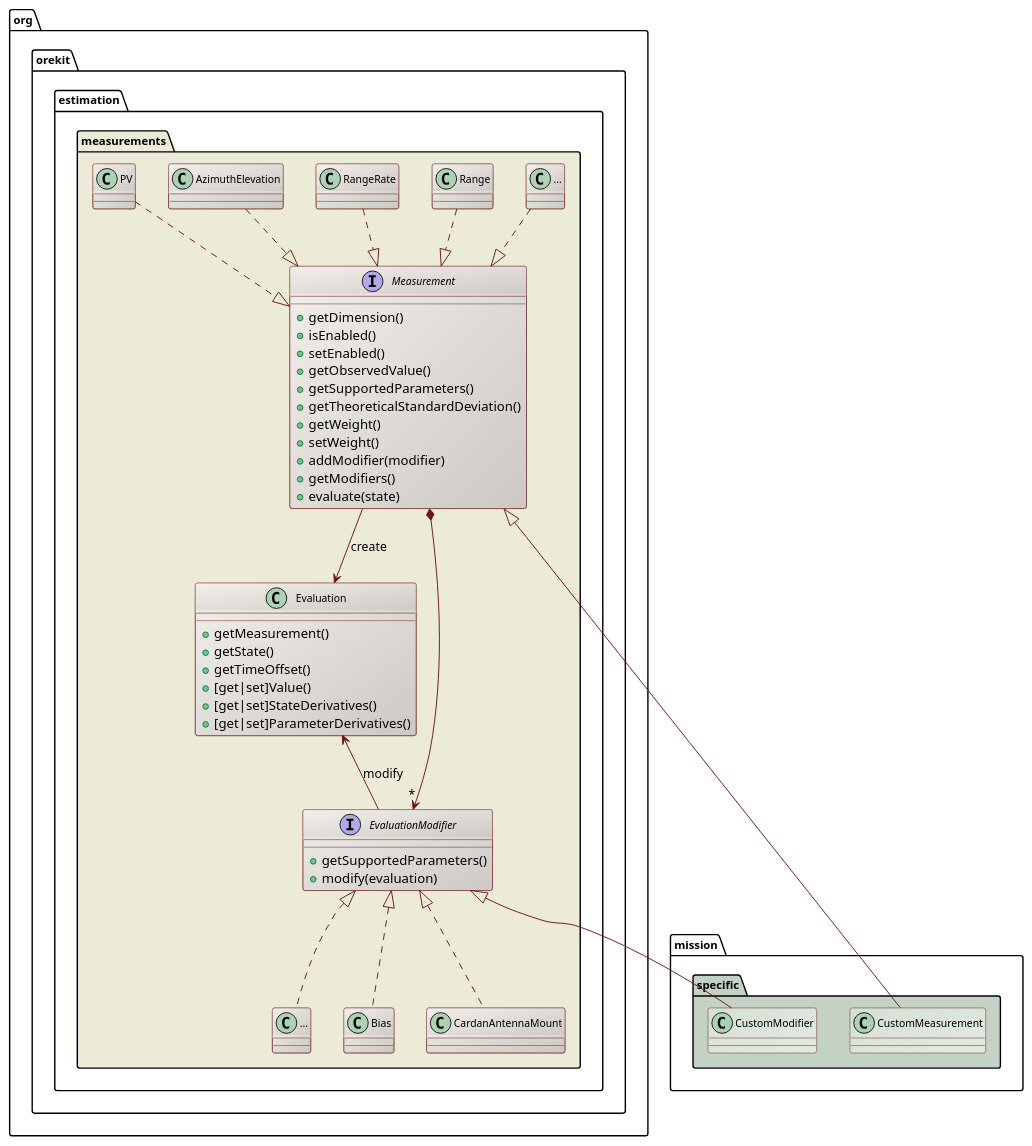
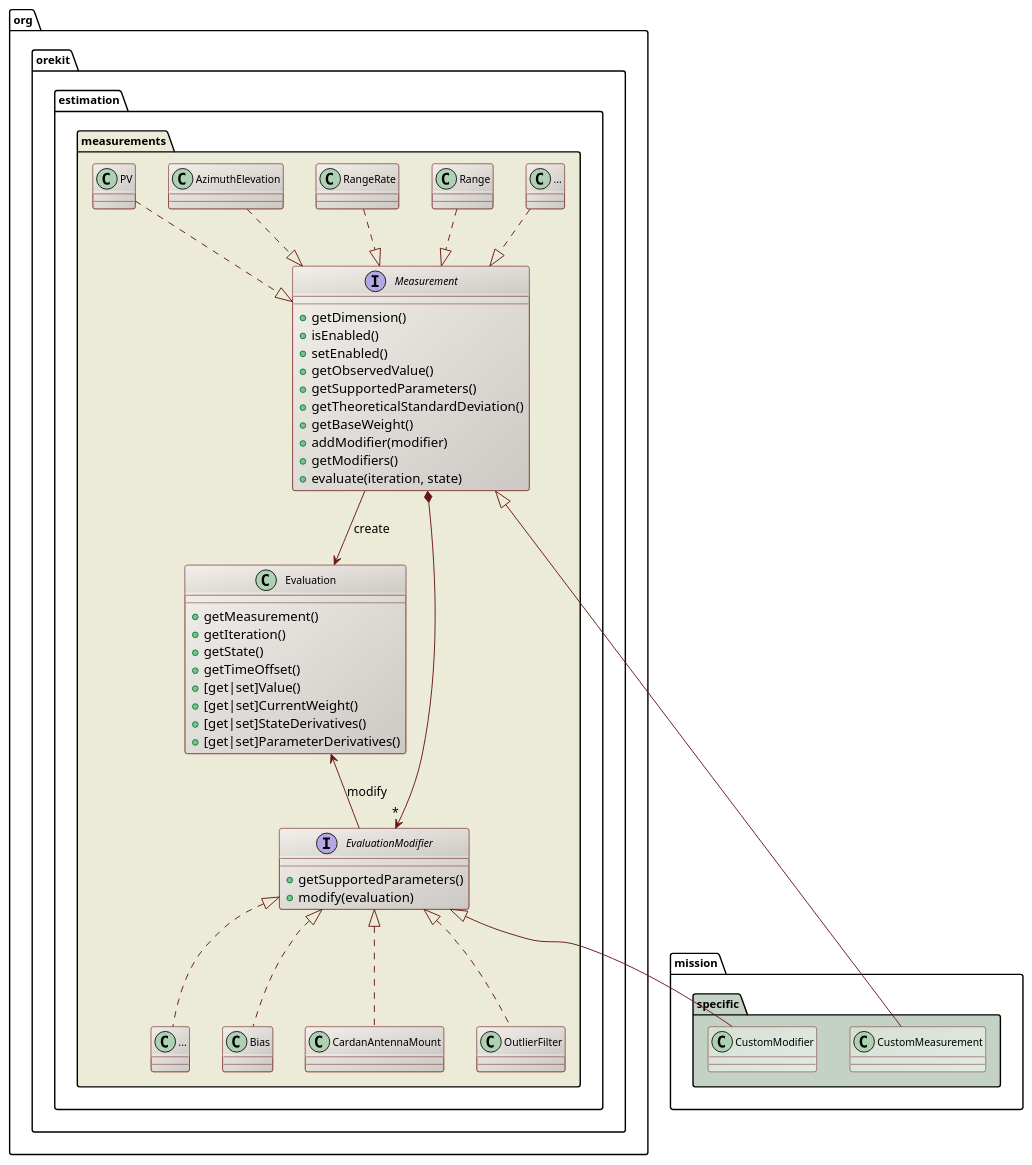
Before and after one commit to CS-SI/Orekit: the diagram in src/design/orbit-determination-measurements-class-diagram.puml, drawn with PlantUML. The commit also changed 8 other files, not shown here.

First line of the commit message:
Split weight into fixed baseWeigth and modifiable currentWeight.

```diff
--- a/src/design/orbit-determination-measurements-class-diagram.puml
+++ b/src/design/orbit-determination-measurements-class-diagram.puml
@@ -17,67 +17,69 @@
 @startuml
 
   skinparam svek                  true
   skinparam ClassBackgroundColor  #F3EFEB/CCC9C5
   skinparam ClassArrowColor       #691616
   skinparam ClassBorderColor      #691616
   skinparam NoteBackgroundColor   #F3EFEB
   skinparam NoteBorderColor       #691616
   skinparam NoteFontColor         #691616
   skinparam ClassFontSize         11
   skinparam PackageFontSize       12
 
   package org.orekit.estimation.measurements #ECEBD8 {
 
     interface Measurement {
       +getDimension()
       +isEnabled()
       +setEnabled()
       +getObservedValue()
       +getSupportedParameters()
       +getTheoreticalStandardDeviation()
-      +getWeight()
-      +setWeight()
+      +getBaseWeight()
       +addModifier(modifier)
       +getModifiers()
-      +evaluate(state)
+      +evaluate(iteration, state)
     }
     
     class Evaluation {
       +getMeasurement()
+      +getIteration()
       +getState()
       +getTimeOffset()
       +[get|set]Value()
+      +[get|set]CurrentWeight()
       +[get|set]StateDerivatives()
       +[get|set]ParameterDerivatives()
     }
     
     interface EvaluationModifier {
       +getSupportedParameters()
       +modify(evaluation)
     }
     
     class "..." as OtherModifier
     
     Measurement *--> "*" EvaluationModifier
     Measurement --> Evaluation : create
     Evaluation <-- EvaluationModifier : modify
     class "..." as OtherMeasurement
     OtherMeasurement   ..|> Measurement
     Range              ..|> Measurement
     RangeRate          ..|> Measurement
     AzimuthElevation   ..|> Measurement
     PV                 ..|> Measurement
     EvaluationModifier <|.. Bias
     EvaluationModifier <|.. CardanAntennaMount
+    EvaluationModifier <|.. OutlierFilter
     EvaluationModifier <|.. OtherModifier
 
   }
 
   package mission.specific #C4D2C5 {
     class CustomModifier #D5E0D5/E2EBE2
     class CustomMeasurement #D5E0D5/E2EBE2
     Measurement <|-- CustomMeasurement
     EvaluationModifier <|-- CustomModifier
   }
 
 @enduml
```
